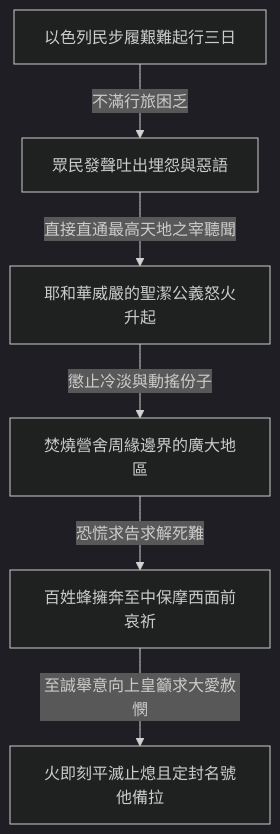
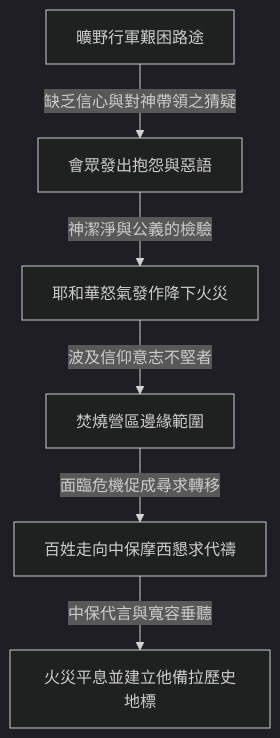
One commit to andyjr5566/Bible_wiki_zh changed the first of 2 diagrams in 04 民數記/第11章.md. Above: the diagram before and after it, drawn with Mermaid (dark theme). The commit also changed other lines of this file and 22 other files, not shown here.

````diff
--- a/04 民數記/第11章.md
+++ b/04 民數記/第11章.md
@@ -96,8 +96,8 @@
 ```mermaid
 flowchart TD
-    A["以色列民步履艱難起行三日"] -->|不滿行旅困乏| B["眾民發聲吐出埋怨與惡語"]
-    B -->|直接直通最高天地之宰聽聞| C["耶和華威嚴的聖潔公義怒火升起"]
-    C -->|懲止冷淡與動搖份子| D["焚燒營舍周緣邊界的廣大地區"]
-    D -->|恐慌求告求解死難| E["百姓蜂擁奔至中保摩西面前哀祈"]
-    E -->|至誠舉意向上皇籲求大愛赦憫| F["火即刻平滅止熄且定封名號他備拉"]
+    A["曠野行軍艱困路途"] -->|缺乏信心與對神帶領之猜疑| B["會眾發出抱怨與惡語"]
+    B -->|神潔淨與公義的檢驗| C["耶和華怒氣發作降下火災"]
+    C -->|波及信仰意志不堅者| D["焚燒營區邊緣範圍"]
+    D -->|面臨危機促成尋求轉移| E["百姓走向中保摩西懇求代禱"]
+    E -->|中保代言與寬容垂聽| F["火災平息並建立他備拉歷史地標"]
 ```
````
